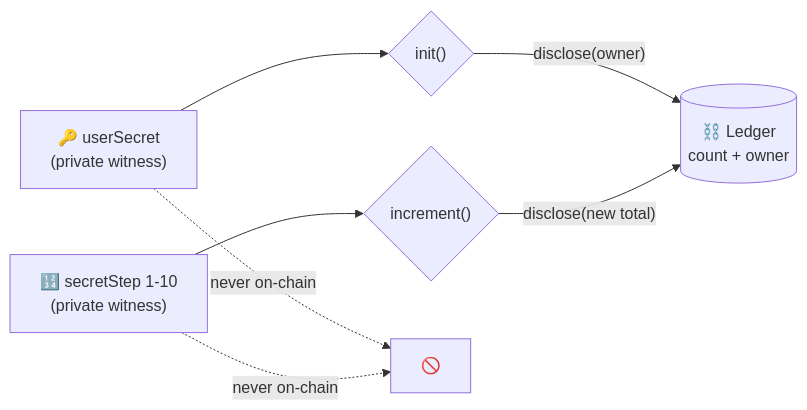
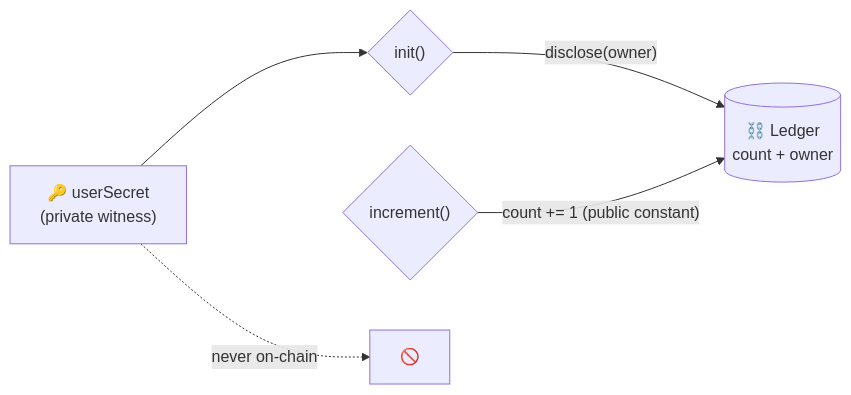
Before and after one commit to koushiknoah77/Nyx: the diagram in README.md, drawn with Mermaid. The commit also changed other lines of this file and 30 other files, not shown here.

````diff
--- a/README.md
+++ b/README.md
@@ -74,9 +76,7 @@
 ```mermaid
 flowchart LR
     A["🔑 userSecret<br/>(private witness)"] --> C{"init()"}
-    B["🔢 secretStep 1-10<br/>(private witness)"] --> D{"increment()"}
     C -->|"disclose(owner)"| E[("⛓️ Ledger<br/>count + owner")]
-    D -->|"disclose(new total)"| E
+    D{"increment()"} -->|"count += 1 (public constant)"| E
     A -.->|"never on-chain"| F["🚫"]
-    B -.->|"never on-chain"| F
 ```
````
